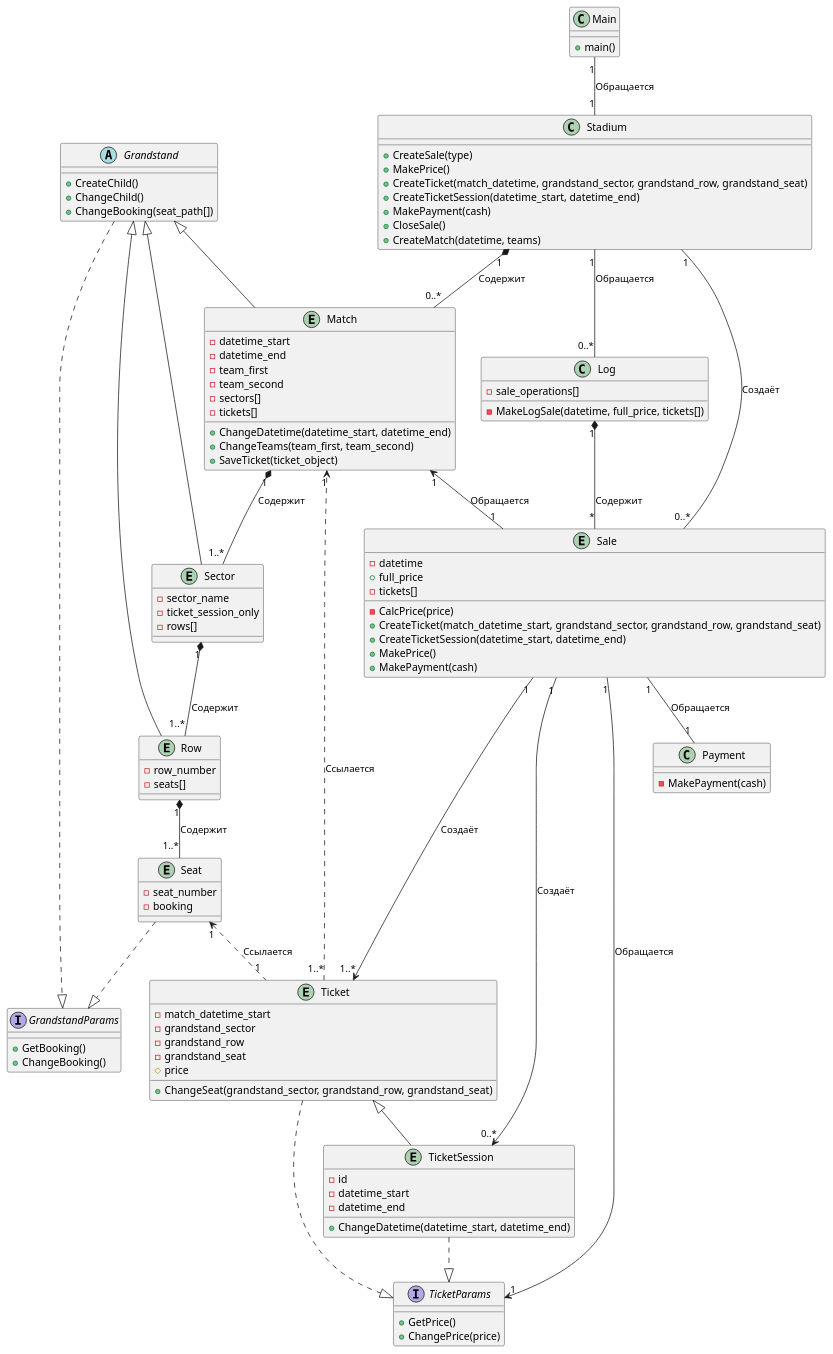
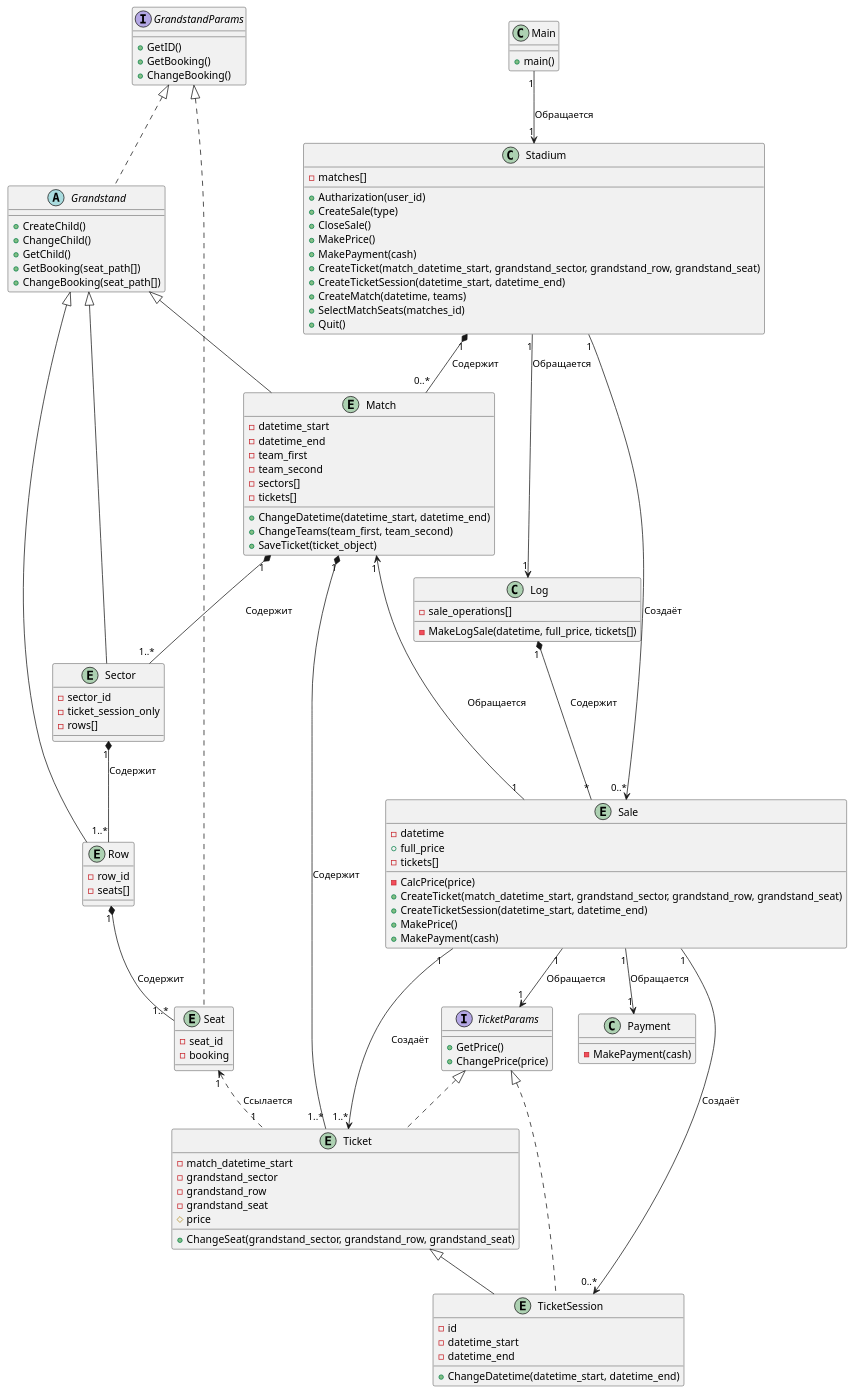
One commit to penamarth/bsbo-03-23_team4_var10_football changed the diagram in Модель предметной области.md. Above: the diagram before and after it, drawn with PlantUML. The commit also changed 1 other file, not shown here.

Commit message:
Переделка диаграммы просмотра свободных мест + фикс модели предметной области

````diff
--- a/Модель предметной области.md
+++ b/Модель предметной области.md
@@ -6,20 +6,26 @@
 }
 class Stadium
 {
+    - matches[]
+    + Autharization(user_id)
     + CreateSale(type)
+    + CloseSale()
     + MakePrice()
-    + CreateTicket(match_datetime, grandstand_sector, grandstand_row, grandstand_seat)
+    + MakePayment(cash)
+    + CreateTicket(match_datetime_start, grandstand_sector, grandstand_row, grandstand_seat)
     + CreateTicketSession(datetime_start, datetime_end)
-    + MakePayment(cash)
-    + CloseSale()
     + CreateMatch(datetime, teams)
+    + SelectMatchSeats(matches_id)
+    + Quit()
 }
 
 
-abstract class Grandstand
+abstract class Grandstand implements GrandstandParams
 {
     + CreateChild()
     + ChangeChild()
+    + GetChild()
+    + GetBooking(seat_path[])
     + ChangeBooking(seat_path[])
 }
 
@@ -38,24 +44,24 @@
 
 entity Sector extends Grandstand
 {
-    - sector_name
+    - sector_id
     - ticket_session_only
     - rows[]
 }
 
 entity Row extends Grandstand
 {
-    - row_number
+    - row_id
     - seats[]
 }
 
-entity Seat
+entity Seat implements GrandstandParams
 {
-    - seat_number
+    - seat_id
     - booking
 }
 
-entity Ticket
+entity Ticket implements TicketParams
 {
     - match_datetime_start
     - grandstand_sector
@@ -65,7 +71,7 @@
     + ChangeSeat(grandstand_sector, grandstand_row, grandstand_seat)
 }
 
-entity TicketSession extends Ticket
+entity TicketSession extends Ticket implements TicketParams
 {
     - id
     - datetime_start
@@ -98,6 +104,7 @@
 
 interface GrandstandParams
 {
+    + GetID()
     + GetBooking()
     + ChangeBooking()
 }
@@ -108,30 +115,24 @@
     + ChangePrice(price)
 }
 
-Main "1" -- "1" Stadium : Обращается
+Main "1" --> "1" Stadium : Обращается
 Stadium "1" *-- "0..*" Match : Содержит
-Stadium "1" -- "0..*" Sale : Создаёт
-Stadium "1" -- "0..*" Log : Обращается
+Stadium "1" --> "0..*" Sale : Создаёт
+Stadium "1" --> "1" Log : Обращается
 
 Match "1" *-- "1..*" Sector : Содержит
 Sector "1" *-- "1..*" Row : Содержит
 Row "1" *-- "1..*" Seat : Содержит
 
-Ticket "1..*" ..> "1" Match : Cсылается
+Match "1" *-- "1..*" Ticket : Содержит
 Seat "1" <.. "1" Ticket : Ссылается
 
-Sale "1" -- "1" Payment : Обращается
+Sale "1" --> "1" Payment : Обращается
 Sale "1" --> "1..*" Ticket : Создаёт
 Sale "1" --> "0..*" TicketSession : Создаёт
 Sale "1" --> "1" TicketParams : Обращается
 Match "1" <-- "1" Sale : Обращается
 
 Log "1" *-- "*" Sale : Содержит
-
-Grandstand ..|> GrandstandParams
-Seat ..|> GrandstandParams
-
-Ticket ..|> TicketParams
-TicketSession ..|> TicketParams
 @enduml
 ```
````
